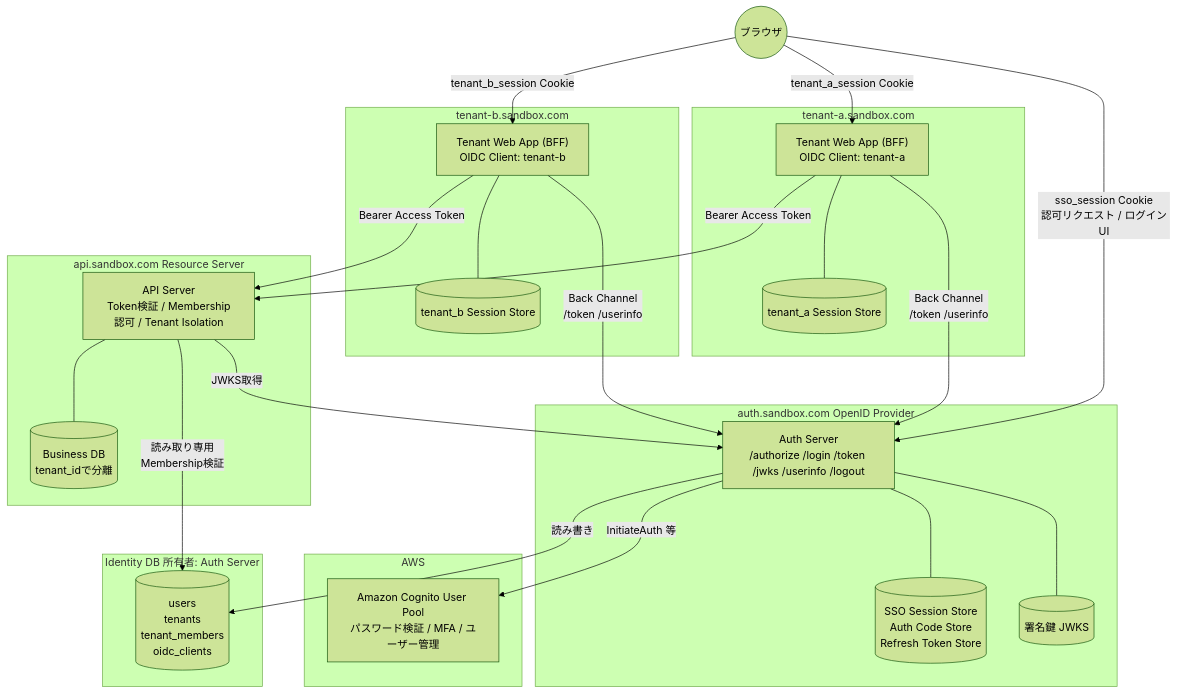
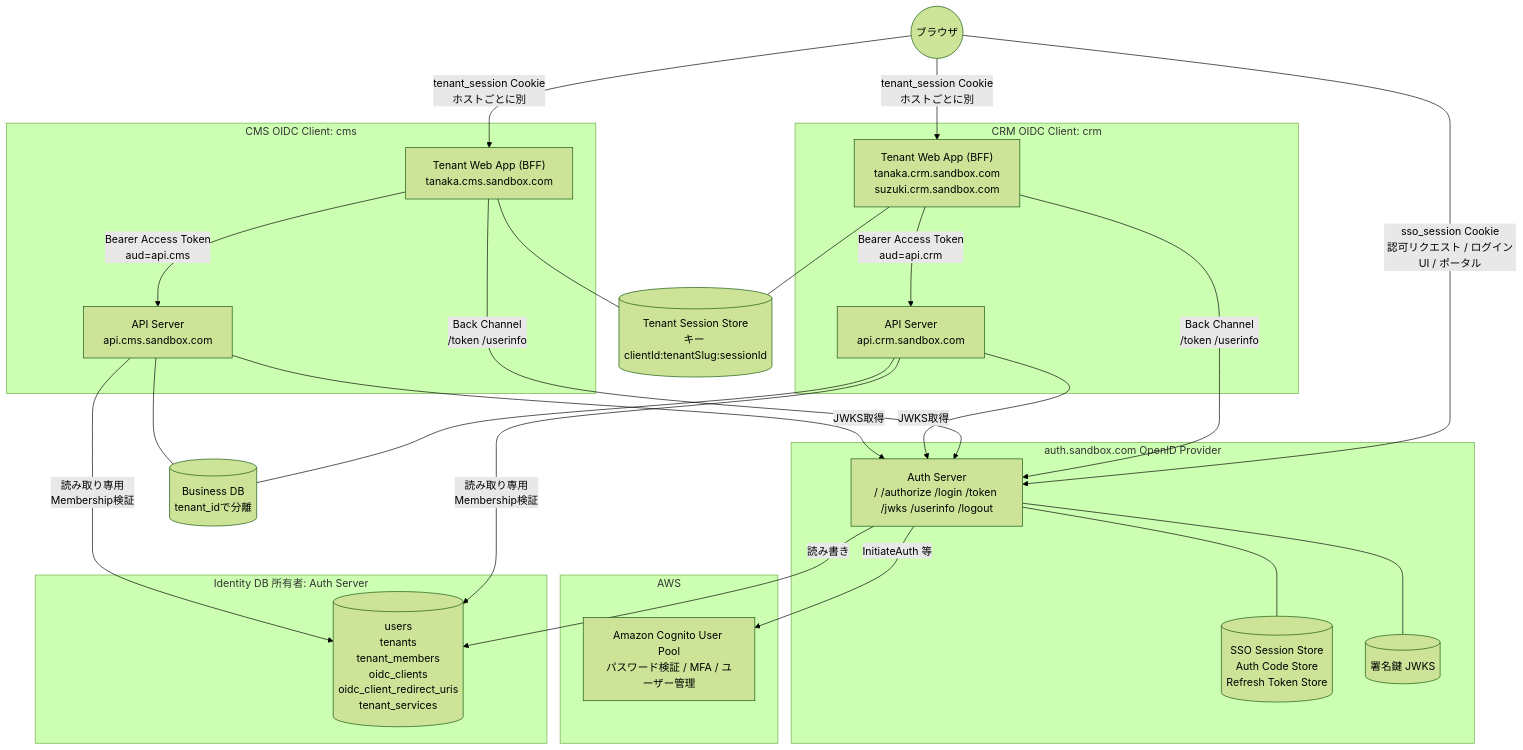
The first of 2 diagrams in docs/design/01-system-architecture.md (daisuke-tanabe/multi-domain-sandbox), drawn with Mermaid (forest theme) before and after one commit. The commit also changed other lines of this file and 62 other files, not shown here.

First line of the commit message:
refactor: サービス単位の OIDC Client とテナント契約モデルへ再構成

````diff
--- a/docs/design/01-system-architecture.md
+++ b/docs/design/01-system-architecture.md
@@ -11,50 +13,51 @@
 ```mermaid
 flowchart TB
     User((ブラウザ))
 
     subgraph AWS
         Cognito["Amazon Cognito User Pool<br/>パスワード検証 / MFA / ユーザー管理"]
     end
 
     subgraph AuthLayer ["auth.sandbox.com  OpenID Provider"]
-        Auth["Auth Server<br/>/authorize /login /token /jwks /userinfo /logout"]
+        Auth["Auth Server<br/>/ /authorize /login /token /jwks /userinfo /logout"]
         SsoStore[("SSO Session Store<br/>Auth Code Store<br/>Refresh Token Store")]
         Keys[("署名鍵 JWKS")]
         Auth --- SsoStore
         Auth --- Keys
     end
 
     subgraph Identity ["Identity DB  所有者: Auth Server"]
-        IdDB[("users<br/>tenants<br/>tenant_members<br/>oidc_clients")]
+        IdDB[("users<br/>tenants<br/>tenant_members<br/>oidc_clients<br/>oidc_client_redirect_uris<br/>tenant_services")]
     end
 
-    subgraph TenantA ["tenant-a.sandbox.com"]
-        WebA["Tenant Web App (BFF)<br/>OIDC Client: tenant-a"]
-        SessA[("tenant_a Session Store")]
-        WebA --- SessA
+    subgraph Crm ["CRM  OIDC Client: crm"]
+        WebCrm["Tenant Web App (BFF)<br/>tanaka.crm.sandbox.com<br/>suzuki.crm.sandbox.com"]
+        ApiCrm["API Server<br/>api.crm.sandbox.com"]
     end
 
-    subgraph TenantB ["tenant-b.sandbox.com"]
-        WebB["Tenant Web App (BFF)<br/>OIDC Client: tenant-b"]
-        SessB[("tenant_b Session Store")]
-        WebB --- SessB
+    subgraph Cms ["CMS  OIDC Client: cms"]
+        WebCms["Tenant Web App (BFF)<br/>tanaka.cms.sandbox.com"]
+        ApiCms["API Server<br/>api.cms.sandbox.com"]
     end
 
-    subgraph ApiLayer ["api.sandbox.com  Resource Server"]
-        Api["API Server<br/>Token検証 / Membership認可 / Tenant Isolation"]
-        BizDB[("Business DB<br/>tenant_idで分離")]
-        Api --- BizDB
-    end
+    Sess[("Tenant Session Store<br/>キー clientId:tenantSlug:sessionId")]
+    BizDB[("Business DB<br/>tenant_idで分離")]
 
-    User -- "tenant_a_session Cookie" --> WebA
-    User -- "tenant_b_session Cookie" --> WebB
-    User -- "sso_session Cookie<br/>認可リクエスト / ログインUI" --> Auth
+    User -- "tenant_session Cookie<br/>ホストごとに別" --> WebCrm
+    User -- "tenant_session Cookie<br/>ホストごとに別" --> WebCms
+    User -- "sso_session Cookie<br/>認可リクエスト / ログインUI / ポータル" --> Auth
     Auth -- "InitiateAuth 等" --> Cognito
     Auth -- "読み書き" --> IdDB
-    WebA -- "Back Channel<br/>/token /userinfo" --> Auth
-    WebB -- "Back Channel<br/>/token /userinfo" --> Auth
-    WebA -- "Bearer Access Token" --> Api
-    WebB -- "Bearer Access Token" --> Api
-    Api -- "読み取り専用<br/>Membership検証" --> IdDB
-    Api -- "JWKS取得" --> Auth
+    WebCrm -- "Back Channel<br/>/token /userinfo" --> Auth
+    WebCms -- "Back Channel<br/>/token /userinfo" --> Auth
+    WebCrm --- Sess
+    WebCms --- Sess
+    WebCrm -- "Bearer Access Token<br/>aud=api.crm" --> ApiCrm
+    WebCms -- "Bearer Access Token<br/>aud=api.cms" --> ApiCms
+    ApiCrm --- BizDB
+    ApiCms --- BizDB
+    ApiCrm -- "読み取り専用<br/>Membership検証" --> IdDB
+    ApiCms -- "読み取り専用<br/>Membership検証" --> IdDB
+    ApiCrm -- "JWKS取得" --> Auth
+    ApiCms -- "JWKS取得" --> Auth
 ```
````
